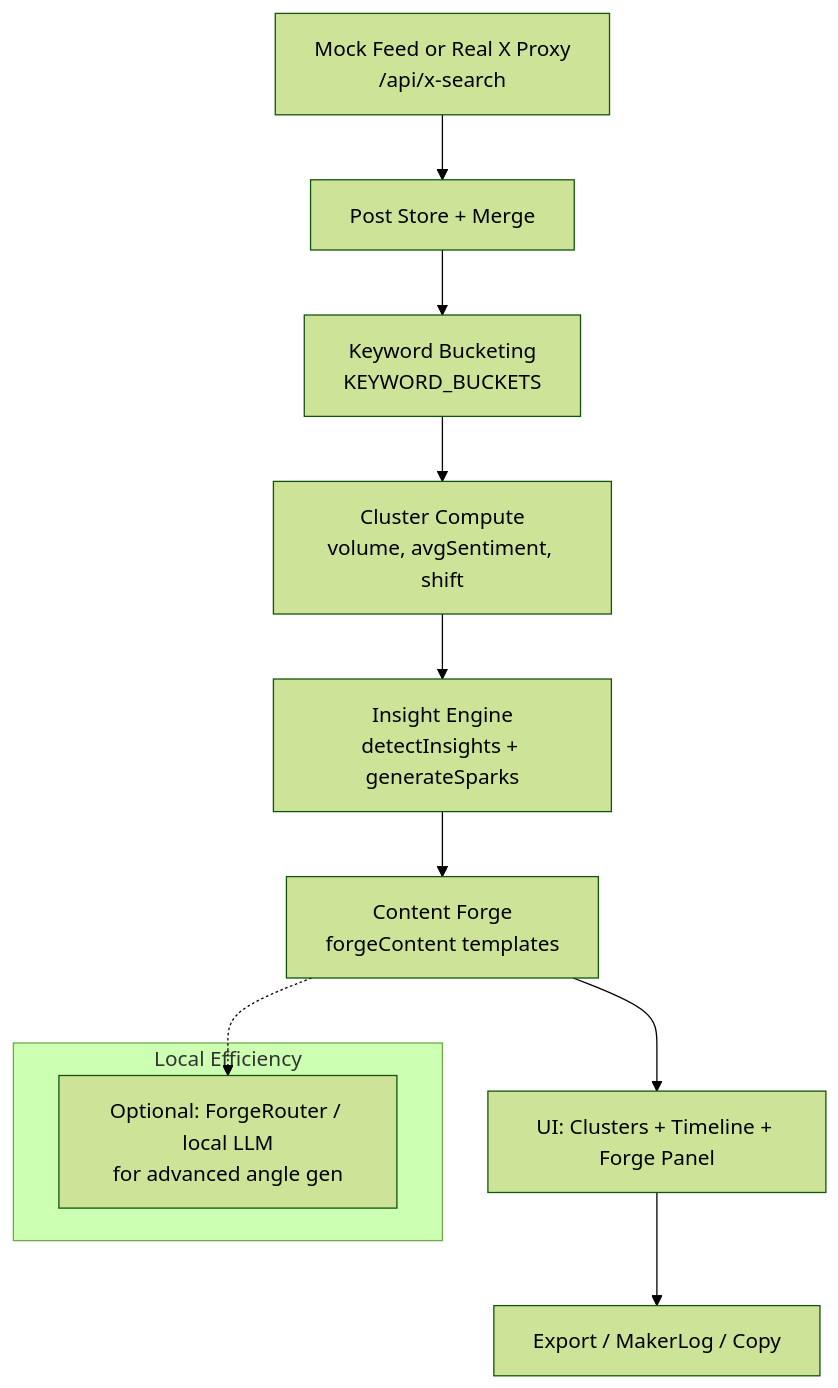
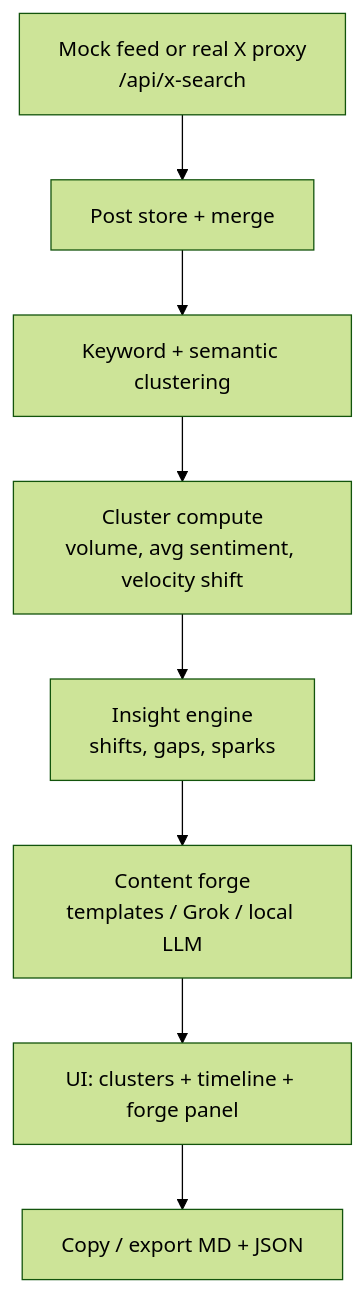
One commit to M0xDr3w/trendforge changed the diagram in README.md. Above: the diagram before and after it, drawn with Mermaid (forest theme). The commit also changed other lines of this file, not shown here.

````diff
--- a/README.md
+++ b/README.md
@@ -53,14 +88,10 @@
 ```mermaid
 flowchart TD
-    A[Mock Feed or Real X Proxy<br/>/api/x-search] --> B[Post Store + Merge]
-    B --> C[Keyword Bucketing<br/>KEYWORD_BUCKETS]
-    C --> D[Cluster Compute<br/>volume, avgSentiment, shift]
-    D --> E[Insight Engine<br/>detectInsights + generateSparks]
-    E --> F[Content Forge<br/>forgeContent templates]
-    F --> G[UI: Clusters + Timeline + Forge Panel]
-    G --> H[Export / MakerLog / Copy]
-    subgraph "Local Efficiency"
-      I[Optional: ForgeRouter / local LLM<br/>for advanced angle gen]
-    end
-    F -.-> I
+    A[Mock feed or real X proxy<br/>/api/x-search] --> B[Post store + merge]
+    B --> C[Keyword + semantic clustering]
+    C --> D[Cluster compute<br/>volume, avg sentiment, velocity shift]
+    D --> E[Insight engine<br/>shifts, gaps, sparks]
+    E --> F[Content forge<br/>templates / Grok / local LLM]
+    F --> G[UI: clusters + timeline + forge panel]
+    G --> H[Copy / export MD + JSON]
 ```
````
